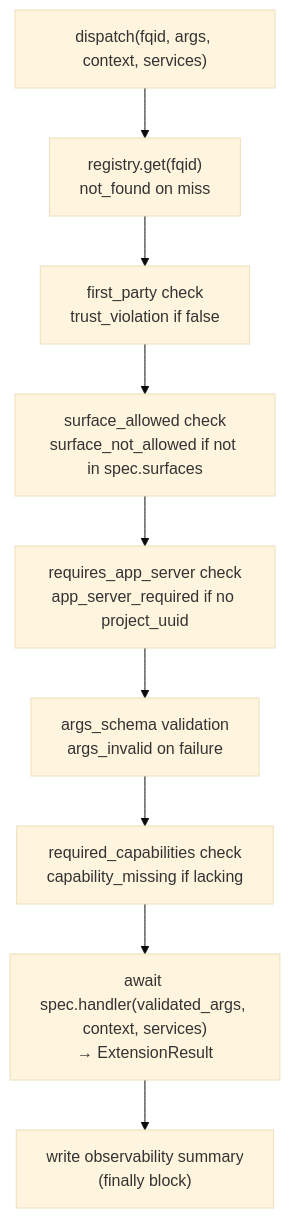
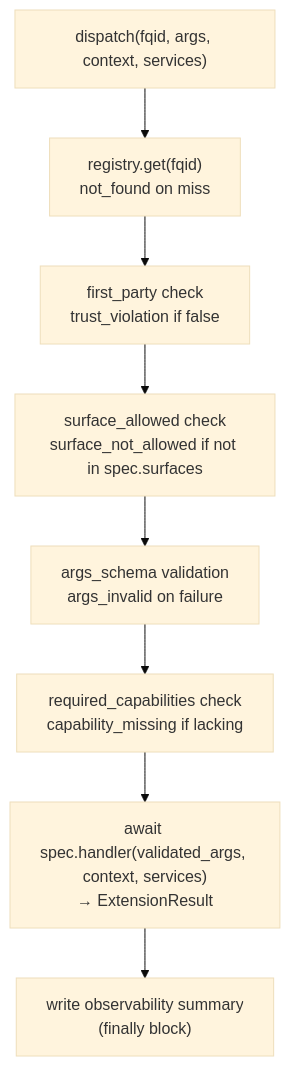
Before and after one commit to haowjy/meridian-cli-kb: the second of 2 diagrams in kb/concepts/extension-system.md, drawn with Mermaid (base theme). The commit also changed other lines of this file and 19 other files, not shown here.

````diff
--- a/kb/concepts/extension-system.md
+++ b/kb/concepts/extension-system.md
@@ -82,11 +85,10 @@
 ```mermaid
 graph TD
     CALL["dispatch(fqid, args, context, services)"] --> LOOKUP["registry.get(fqid)\nnot_found on miss"]
     LOOKUP --> TRUST["first_party check\ntrust_violation if false"]
     TRUST --> SURFACE["surface_allowed check\nsurface_not_allowed if not in spec.surfaces"]
-    SURFACE --> APPSERVER["requires_app_server check\napp_server_required if no project_uuid"]
-    APPSERVER --> VALIDATE["args_schema validation\nargs_invalid on failure"]
+    SURFACE --> VALIDATE["args_schema validation\nargs_invalid on failure"]
     VALIDATE --> CAPS["required_capabilities check\ncapability_missing if lacking"]
     CAPS --> EXEC["await spec.handler(validated_args, context, services)\n→ ExtensionResult"]
     EXEC --> OBS["write observability summary\n(finally block)"]
 ```
````
